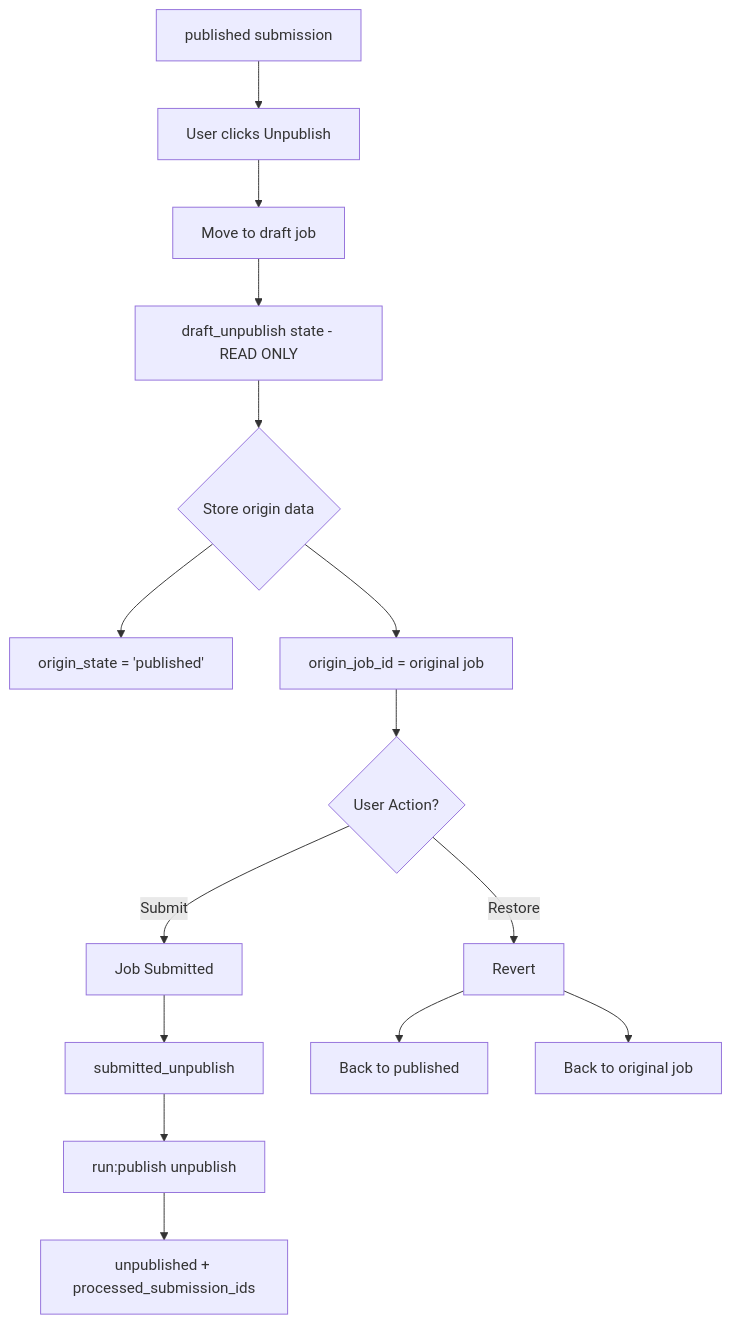
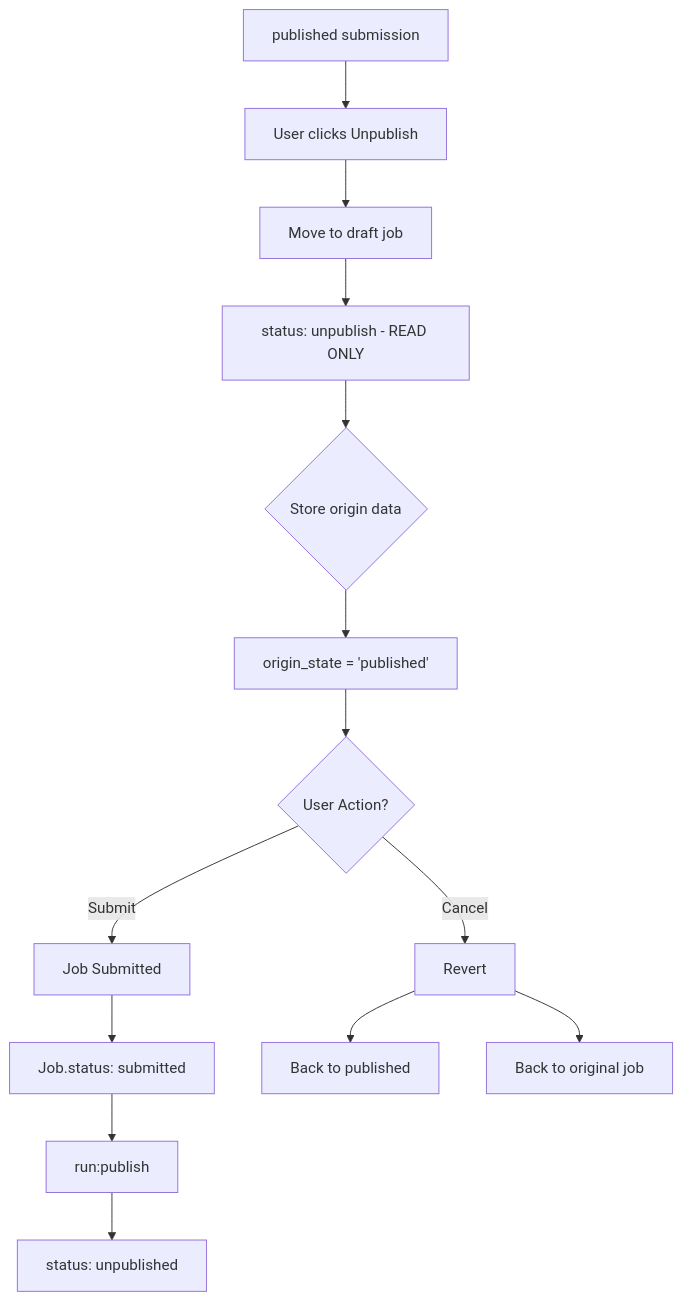
The tenth of 11 diagrams in docs/STATE_MODEL_DIAGRAMS.md (GeneCurationCoalition/gencc-sub), drawn with Mermaid before and after one commit. The commit also changed other lines of this file and 11 other files, not shown here.

````diff
--- a/docs/STATE_MODEL_DIAGRAMS.md
+++ b/docs/STATE_MODEL_DIAGRAMS.md
@@ -454,20 +423,19 @@
 ```mermaid
 flowchart TD
     A[published submission] --> B[User clicks Unpublish]
     B --> C[Move to draft job]
-    C --> D[draft_unpublish state - READ ONLY]
+    C --> D[status: unpublish - READ ONLY]
     D --> E{Store origin data}
     E --> F[origin_state = 'published']
-    E --> G[origin_job_id = original job]
 
-    G --> H{User Action?}
+    F --> G{User Action?}
 
-    H -->|Submit| I[Job Submitted]
-    I --> J[submitted_unpublish]
-    J --> K[run:publish unpublish]
-    K --> L[unpublished + processed_submission_ids]
+    G -->|Submit| H[Job Submitted]
+    H --> I[Job.status: submitted]
+    I --> J[run:publish]
+    J --> K[status: unpublished]
 
-    H -->|Restore| M[Revert]
-    M --> N[Back to published]
-    M --> O[Back to original job]
+    G -->|Cancel| L[Revert]
+    L --> M[Back to published]
+    L --> N[Back to original job]
 ```
````
